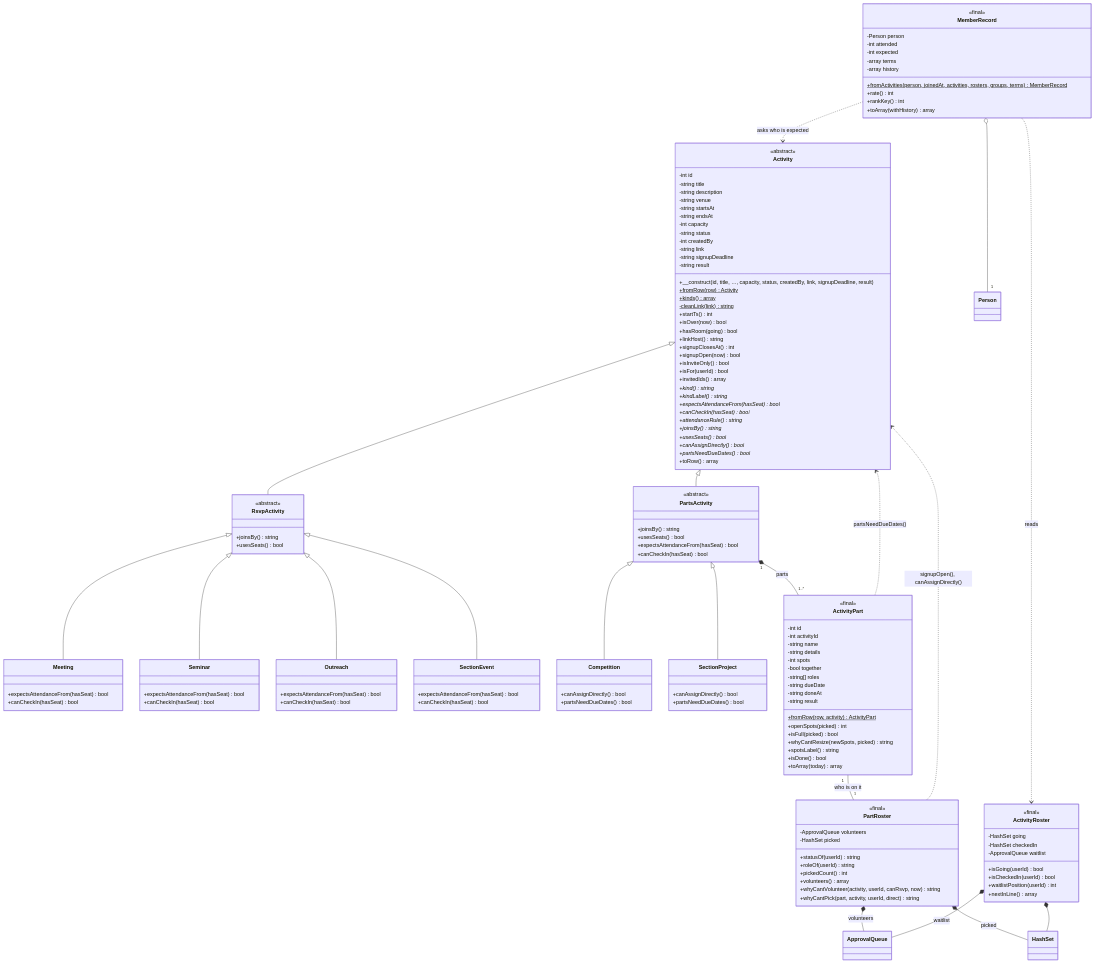
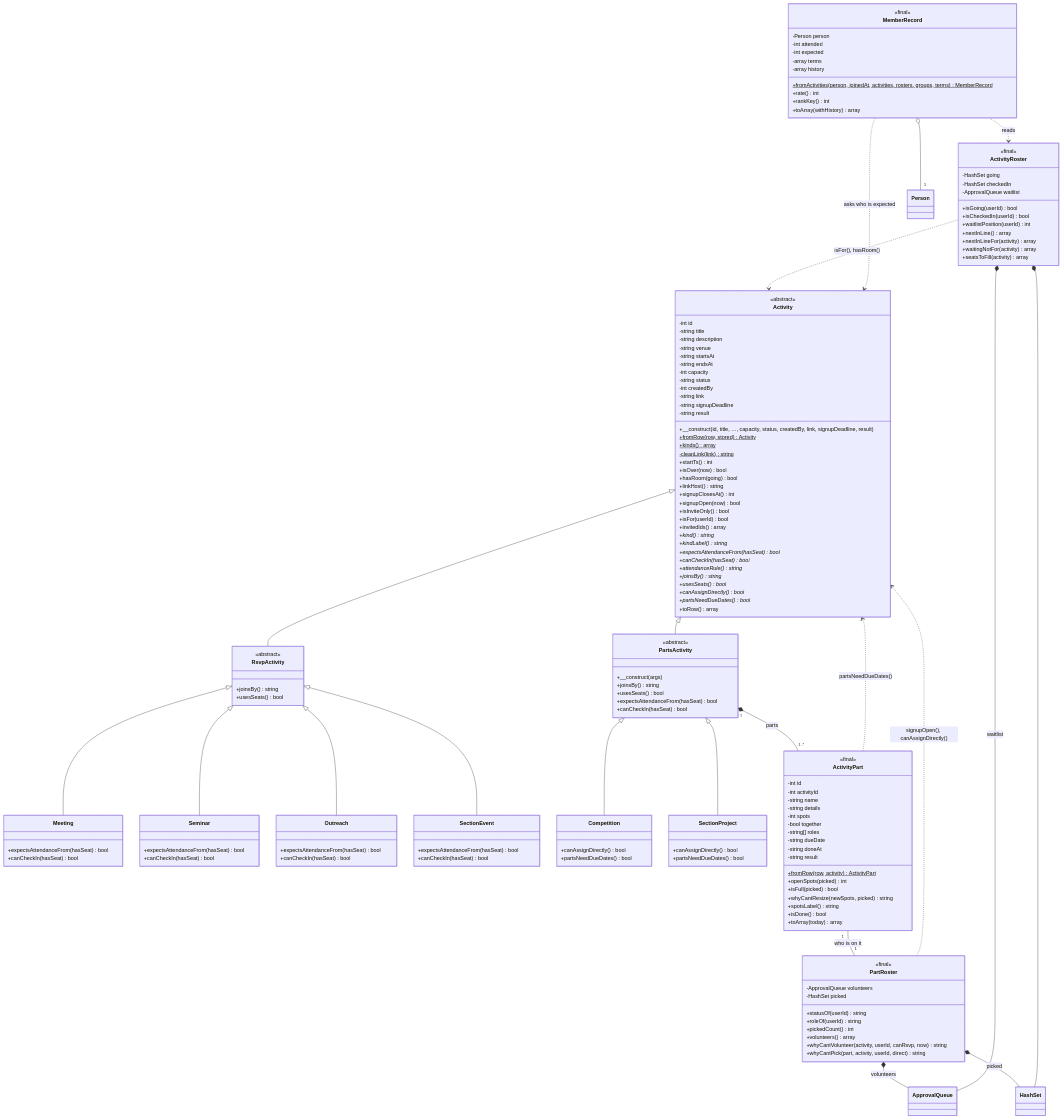
Before and after one commit to rcldvmnl/AcadSync: the second of 7 diagrams in docs/CLASS_DIAGRAM.md, drawn with Mermaid. The commit also changed other lines of this file and 22 other files, not shown here.

```diff
--- a/docs/CLASS_DIAGRAM.md
+++ b/docs/CLASS_DIAGRAM.md
@@ -136,7 +136,7 @@
         -string signupDeadline
         -string result
         +__construct(id, title, …, capacity, status, createdBy, link, signupDeadline, result)
-        +fromRow(row)$ Activity
+        +fromRow(row, stored)$ Activity
         +kinds()$ array
         -cleanLink(link)$ string
         +startTs() int
@@ -166,6 +166,7 @@
     }
     class PartsActivity {
         <<abstract>>
+        +__construct(args)
         +joinsBy() string
         +usesSeats() bool
         +expectsAttendanceFrom(hasSeat) bool
@@ -251,9 +252,13 @@
         +isCheckedIn(userId) bool
         +waitlistPosition(userId) int
         +nextInLine() array
+        +nextInLineFor(activity) array
+        +waitingNotFor(activity) array
+        +seatsToFill(activity) array
     }
     ActivityRoster *-- HashSet
     ActivityRoster *-- ApprovalQueue : waitlist
+    ActivityRoster ..> Activity : isFor(), hasRoom()
 
     class MemberRecord {
         <<final>>
```
